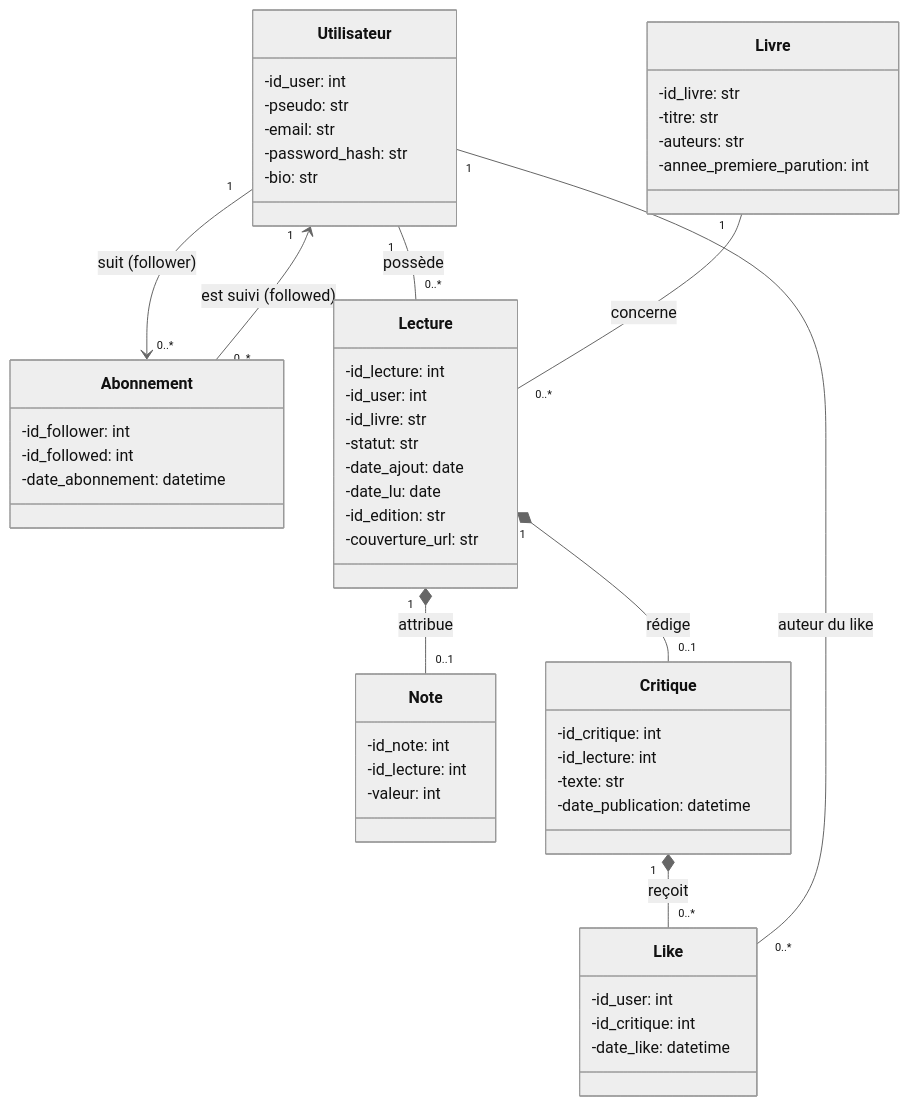
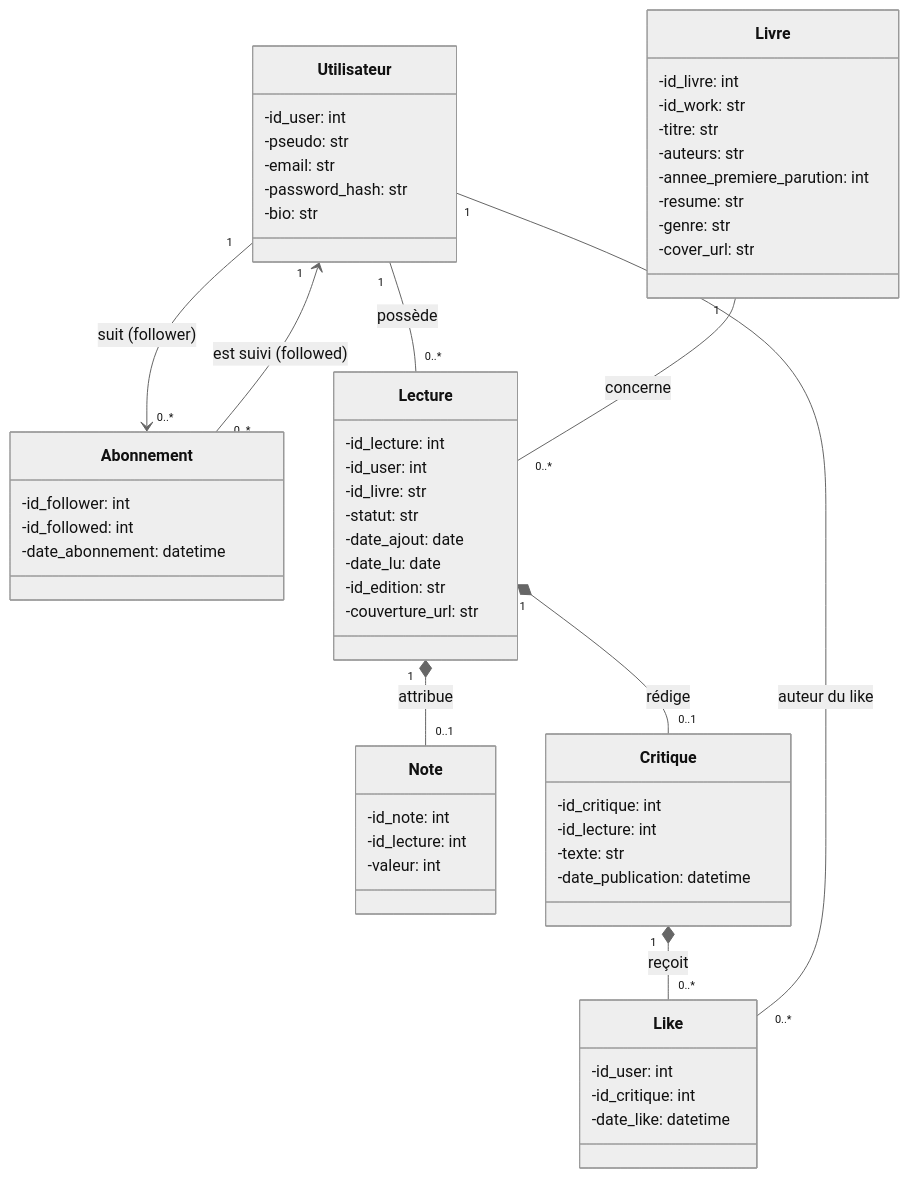
One commit to cecilelocatelli21/projet-info_2A changed the diagram in doc/report/Diagrammes/Classes_BusinessObject.md. Above: the diagram before and after it, drawn with Mermaid (neutral theme).

````diff
--- a/doc/report/Diagrammes/Classes_BusinessObject.md
+++ b/doc/report/Diagrammes/Classes_BusinessObject.md
@@ -1,73 +1,73 @@
 ```mermaid
 classDiagram
     class Utilisateur {
         -id_user: int
         -pseudo: str
         -email: str
         -password_hash: str
         -bio: str
          
 
     }
 
     class Livre {
-        -id_livre: str
+        -id_livre: int
+        -id_work: str
         -titre: str
         -auteurs: str
         -annee_premiere_parution: int
-         
+        -resume: str
+        -genre: str
+        -cover_url: str      
 
     }
 
     class Abonnement {
         -id_follower: int
         -id_followed: int
         -date_abonnement: datetime   
     }
 
     class Lecture {
         -id_lecture: int
         -id_user: int
         -id_livre: str
         -statut: str
         -date_ajout: date
         -date_lu: date
         -id_edition: str
         -couverture_url: str    
     }
 
 
     class Note {
         -id_note: int
         -id_lecture: int
         -valeur: int
-         
-
     }
 
     class Critique {
         -id_critique: int
         -id_lecture: int
         -texte: str
         -date_publication: datetime
-
     }
 
     class Like {
         -id_user: int
         -id_critique: int
         -date_like: datetime
     }
 
 
 
     Utilisateur "1" --> "0..*" Abonnement : suit (follower)
     Utilisateur "1" <-- "0..*" Abonnement : est suivi (followed)
     Utilisateur "1" -- "0..*" Lecture : possède
     Livre "1" -- "0..*" Lecture : concerne
     Lecture "1" *-- "0..1" Note : attribue
     Lecture "1" *-- "0..1" Critique : rédige
     Critique "1" *-- "0..*" Like : reçoit
     Utilisateur "1" -- "0..*" Like : auteur du like
 
 ```
````
